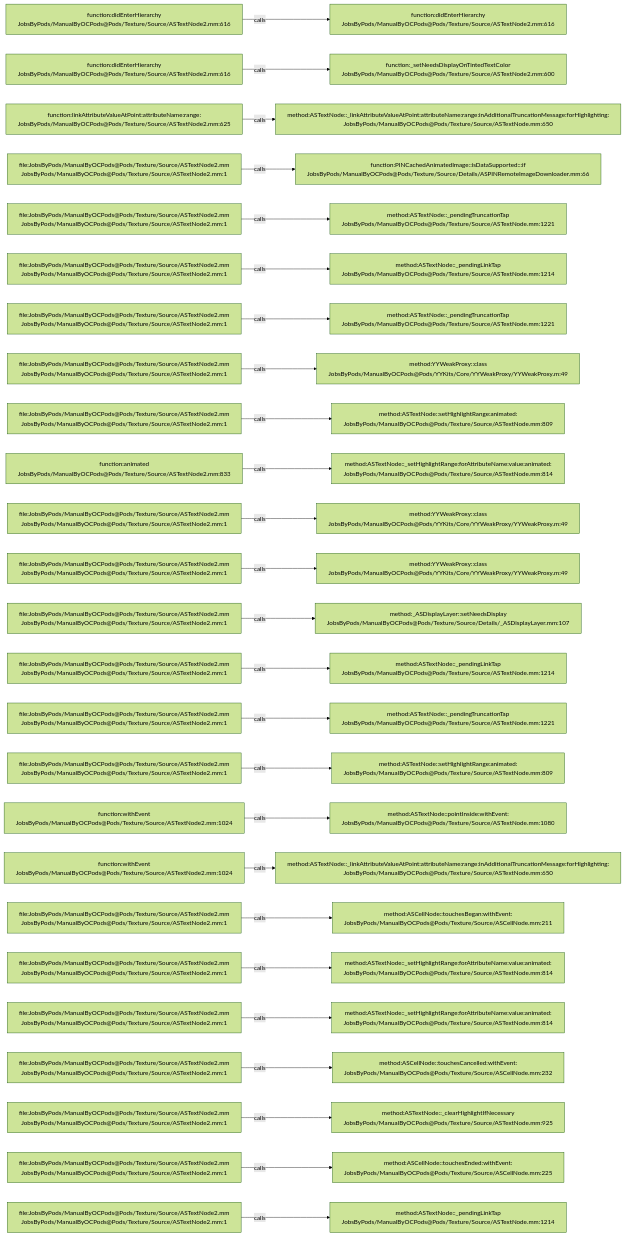
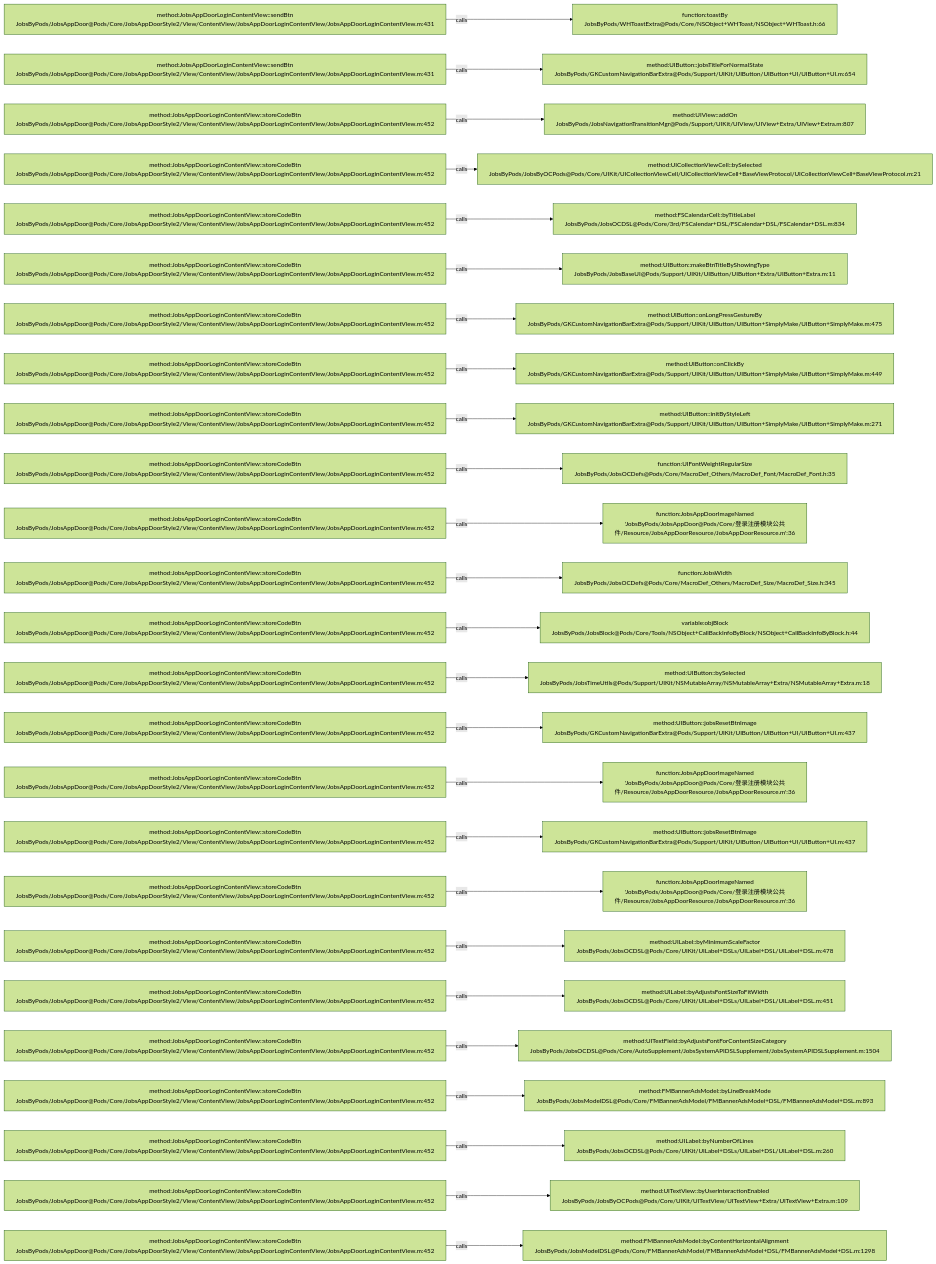
The diagram in .codegraph/codegraph.md/graphs/calls-125.md (JobsKits/JobsOCBaseConfigDemo), drawn with Mermaid (forest theme) before and after one commit. The commit also changed 768 other files, not shown here.

````diff
--- a/.codegraph/codegraph.md/graphs/calls-125.md
+++ b/.codegraph/codegraph.md/graphs/calls-125.md
@@ -13,78 +13,78 @@
 ```mermaid
 flowchart LR
-  S1["function:didEnterHierarchy<br/>JobsByPods/ManualByOCPods@Pods/Texture/Source/ASTextNode2.mm:616"]
-  T1["function:didEnterHierarchy<br/>JobsByPods/ManualByOCPods@Pods/Texture/Source/ASTextNode2.mm:616"]
+  S1["method:JobsAppDoorLoginContentView::sendBtn<br/>JobsByPods/JobsAppDoor@Pods/Core/JobsAppDoorStyle2/View/ContentView/JobsAppDoorLoginContentView/JobsAppDoorLoginContentView.m:431"]
+  T1["function:toastBy<br/>JobsByPods/WHToastExtra@Pods/Core/NSObject+WHToast/NSObject+WHToast.h:66"]
   S1 -->|calls| T1
-  S2["function:didEnterHierarchy<br/>JobsByPods/ManualByOCPods@Pods/Texture/Source/ASTextNode2.mm:616"]
-  T2["function:_setNeedsDisplayOnTintedTextColor<br/>JobsByPods/ManualByOCPods@Pods/Texture/Source/ASTextNode2.mm:600"]
+  S2["method:JobsAppDoorLoginContentView::sendBtn<br/>JobsByPods/JobsAppDoor@Pods/Core/JobsAppDoorStyle2/View/ContentView/JobsAppDoorLoginContentView/JobsAppDoorLoginContentView.m:431"]
+  T2["method:UIButton::jobsTitleForNormalState<br/>JobsByPods/GKCustomNavigationBarExtra@Pods/Support/UIKit/UIButton/UIButton+UI/UIButton+UI.m:654"]
   S2 -->|calls| T2
-  S3["function:linkAttributeValueAtPoint:attributeName:range:<br/>JobsByPods/ManualByOCPods@Pods/Texture/Source/ASTextNode2.mm:625"]
-  T3["method:ASTextNode::_linkAttributeValueAtPoint:attributeName:range:inAdditionalTruncationMessage:forHighlighting:<br/>JobsByPods/ManualByOCPods@Pods/Texture/Source/ASTextNode.mm:650"]
+  S3["method:JobsAppDoorLoginContentView::storeCodeBtn<br/>JobsByPods/JobsAppDoor@Pods/Core/JobsAppDoorStyle2/View/ContentView/JobsAppDoorLoginContentView/JobsAppDoorLoginContentView.m:452"]
+  T3["method:UIView::addOn<br/>JobsByPods/JobsNavigationTransitionMgr@Pods/Support/UIKit/UIView/UIView+Extra/UIView+Extra.m:807"]
   S3 -->|calls| T3
-  S4["file:JobsByPods/ManualByOCPods@Pods/Texture/Source/ASTextNode2.mm<br/>JobsByPods/ManualByOCPods@Pods/Texture/Source/ASTextNode2.mm:1"]
-  T4["function:PINCachedAnimatedImage::isDataSupported:::if<br/>JobsByPods/ManualByOCPods@Pods/Texture/Source/Details/ASPINRemoteImageDownloader.mm:66"]
+  S4["method:JobsAppDoorLoginContentView::storeCodeBtn<br/>JobsByPods/JobsAppDoor@Pods/Core/JobsAppDoorStyle2/View/ContentView/JobsAppDoorLoginContentView/JobsAppDoorLoginContentView.m:452"]
+  T4["method:UICollectionViewCell::bySelected<br/>JobsByPods/JobsByOCPods@Pods/Core/UIKit/UICollectionViewCell/UICollectionViewCell+BaseViewProtocol/UICollectionViewCell+BaseViewProtocol.m:21"]
   S4 -->|calls| T4
-  S5["file:JobsByPods/ManualByOCPods@Pods/Texture/Source/ASTextNode2.mm<br/>JobsByPods/ManualByOCPods@Pods/Texture/Source/ASTextNode2.mm:1"]
-  T5["method:ASTextNode::_pendingTruncationTap<br/>JobsByPods/ManualByOCPods@Pods/Texture/Source/ASTextNode.mm:1221"]
+  S5["method:JobsAppDoorLoginContentView::storeCodeBtn<br/>JobsByPods/JobsAppDoor@Pods/Core/JobsAppDoorStyle2/View/ContentView/JobsAppDoorLoginContentView/JobsAppDoorLoginContentView.m:452"]
+  T5["method:FSCalendarCell::byTitleLabel<br/>JobsByPods/JobsOCDSL@Pods/Core/3rd/FSCalendar+DSL/FSCalendar+DSL/FSCalendar+DSL.m:834"]
   S5 -->|calls| T5
-  S6["file:JobsByPods/ManualByOCPods@Pods/Texture/Source/ASTextNode2.mm<br/>JobsByPods/ManualByOCPods@Pods/Texture/Source/ASTextNode2.mm:1"]
-  T6["method:ASTextNode::_pendingLinkTap<br/>JobsByPods/ManualByOCPods@Pods/Texture/Source/ASTextNode.mm:1214"]
+  S6["method:JobsAppDoorLoginContentView::storeCodeBtn<br/>JobsByPods/JobsAppDoor@Pods/Core/JobsAppDoorStyle2/View/ContentView/JobsAppDoorLoginContentView/JobsAppDoorLoginContentView.m:452"]
+  T6["method:UIButton::makeBtnTitleByShowingType<br/>JobsByPods/JobsBaseUI@Pods/Support/UIKit/UIButton/UIButton+Extra/UIButton+Extra.m:11"]
   S6 -->|calls| T6
-  S7["file:JobsByPods/ManualByOCPods@Pods/Texture/Source/ASTextNode2.mm<br/>JobsByPods/ManualByOCPods@Pods/Texture/Source/ASTextNode2.mm:1"]
-  T7["method:ASTextNode::_pendingTruncationTap<br/>JobsByPods/ManualByOCPods@Pods/Texture/Source/ASTextNode.mm:1221"]
+  S7["method:JobsAppDoorLoginContentView::storeCodeBtn<br/>JobsByPods/JobsAppDoor@Pods/Core/JobsAppDoorStyle2/View/ContentView/JobsAppDoorLoginContentView/JobsAppDoorLoginContentView.m:452"]
+  T7["method:UIButton::onLongPressGestureBy<br/>JobsByPods/GKCustomNavigationBarExtra@Pods/Support/UIKit/UIButton/UIButton+SimplyMake/UIButton+SimplyMake.m:475"]
   S7 -->|calls| T7
-  S8["file:JobsByPods/ManualByOCPods@Pods/Texture/Source/ASTextNode2.mm<br/>JobsByPods/ManualByOCPods@Pods/Texture/Source/ASTextNode2.mm:1"]
-  T8["method:YYWeakProxy::class<br/>JobsByPods/ManualByOCPods@Pods/YYKits/Core/YYWeakProxy/YYWeakProxy.m:49"]
+  S8["method:JobsAppDoorLoginContentView::storeCodeBtn<br/>JobsByPods/JobsAppDoor@Pods/Core/JobsAppDoorStyle2/View/ContentView/JobsAppDoorLoginContentView/JobsAppDoorLoginContentView.m:452"]
+  T8["method:UIButton::onClickBy<br/>JobsByPods/GKCustomNavigationBarExtra@Pods/Support/UIKit/UIButton/UIButton+SimplyMake/UIButton+SimplyMake.m:449"]
   S8 -->|calls| T8
-  S9["file:JobsByPods/ManualByOCPods@Pods/Texture/Source/ASTextNode2.mm<br/>JobsByPods/ManualByOCPods@Pods/Texture/Source/ASTextNode2.mm:1"]
-  T9["method:ASTextNode::setHighlightRange:animated:<br/>JobsByPods/ManualByOCPods@Pods/Texture/Source/ASTextNode.mm:809"]
+  S9["method:JobsAppDoorLoginContentView::storeCodeBtn<br/>JobsByPods/JobsAppDoor@Pods/Core/JobsAppDoorStyle2/View/ContentView/JobsAppDoorLoginContentView/JobsAppDoorLoginContentView.m:452"]
+  T9["method:UIButton::initByStyleLeft<br/>JobsByPods/GKCustomNavigationBarExtra@Pods/Support/UIKit/UIButton/UIButton+SimplyMake/UIButton+SimplyMake.m:271"]
   S9 -->|calls| T9
-  S10["function:animated<br/>JobsByPods/ManualByOCPods@Pods/Texture/Source/ASTextNode2.mm:833"]
-  T10["method:ASTextNode::_setHighlightRange:forAttributeName:value:animated:<br/>JobsByPods/ManualByOCPods@Pods/Texture/Source/ASTextNode.mm:814"]
+  S10["method:JobsAppDoorLoginContentView::storeCodeBtn<br/>JobsByPods/JobsAppDoor@Pods/Core/JobsAppDoorStyle2/View/ContentView/JobsAppDoorLoginContentView/JobsAppDoorLoginContentView.m:452"]
+  T10["function:UIFontWeightRegularSize<br/>JobsByPods/JobsOCDefs@Pods/Core/MacroDef_Others/MacroDef_Font/MacroDef_Font.h:35"]
   S10 -->|calls| T10
-  S11["file:JobsByPods/ManualByOCPods@Pods/Texture/Source/ASTextNode2.mm<br/>JobsByPods/ManualByOCPods@Pods/Texture/Source/ASTextNode2.mm:1"]
-  T11["method:YYWeakProxy::class<br/>JobsByPods/ManualByOCPods@Pods/YYKits/Core/YYWeakProxy/YYWeakProxy.m:49"]
+  S11["method:JobsAppDoorLoginContentView::storeCodeBtn<br/>JobsByPods/JobsAppDoor@Pods/Core/JobsAppDoorStyle2/View/ContentView/JobsAppDoorLoginContentView/JobsAppDoorLoginContentView.m:452"]
+  T11["function:JobsAppDoorImageNamed<br/>'JobsByPods/JobsAppDoor@Pods/Core/登录注册模块公共件/Resource/JobsAppDoorResource/JobsAppDoorResource.m':36"]
   S11 -->|calls| T11
-  S12["file:JobsByPods/ManualByOCPods@Pods/Texture/Source/ASTextNode2.mm<br/>JobsByPods/ManualByOCPods@Pods/Texture/Source/ASTextNode2.mm:1"]
-  T12["method:YYWeakProxy::class<br/>JobsByPods/ManualByOCPods@Pods/YYKits/Core/YYWeakProxy/YYWeakProxy.m:49"]
+  S12["method:JobsAppDoorLoginContentView::storeCodeBtn<br/>JobsByPods/JobsAppDoor@Pods/Core/JobsAppDoorStyle2/View/ContentView/JobsAppDoorLoginContentView/JobsAppDoorLoginContentView.m:452"]
+  T12["function:JobsWidth<br/>JobsByPods/JobsOCDefs@Pods/Core/MacroDef_Others/MacroDef_Size/MacroDef_Size.h:345"]
   S12 -->|calls| T12
-  S13["file:JobsByPods/ManualByOCPods@Pods/Texture/Source/ASTextNode2.mm<br/>JobsByPods/ManualByOCPods@Pods/Texture/Source/ASTextNode2.mm:1"]
-  T13["method:_ASDisplayLayer::setNeedsDisplay<br/>JobsByPods/ManualByOCPods@Pods/Texture/Source/Details/_ASDisplayLayer.mm:107"]
+  S13["method:JobsAppDoorLoginContentView::storeCodeBtn<br/>JobsByPods/JobsAppDoor@Pods/Core/JobsAppDoorStyle2/View/ContentView/JobsAppDoorLoginContentView/JobsAppDoorLoginContentView.m:452"]
+  T13["variable:objBlock<br/>JobsByPods/JobsBlock@Pods/Core/Tools/NSObject+CallBackInfoByBlock/NSObject+CallBackInfoByBlock.h:44"]
   S13 -->|calls| T13
-  S14["file:JobsByPods/ManualByOCPods@Pods/Texture/Source/ASTextNode2.mm<br/>JobsByPods/ManualByOCPods@Pods/Texture/Source/ASTextNode2.mm:1"]
-  T14["method:ASTextNode::_pendingLinkTap<br/>JobsByPods/ManualByOCPods@Pods/Texture/Source/ASTextNode.mm:1214"]
+  S14["method:JobsAppDoorLoginContentView::storeCodeBtn<br/>JobsByPods/JobsAppDoor@Pods/Core/JobsAppDoorStyle2/View/ContentView/JobsAppDoorLoginContentView/JobsAppDoorLoginContentView.m:452"]
+  T14["method:UIButton::bySelected<br/>JobsByPods/JobsTimeUtils@Pods/Support/UIKit/NSMutableArray/NSMutableArray+Extra/NSMutableArray+Extra.m:18"]
   S14 -->|calls| T14
-  S15["file:JobsByPods/ManualByOCPods@Pods/Texture/Source/ASTextNode2.mm<br/>JobsByPods/ManualByOCPods@Pods/Texture/Source/ASTextNode2.mm:1"]
-  T15["method:ASTextNode::_pendingTruncationTap<br/>JobsByPods/ManualByOCPods@Pods/Texture/Source/ASTextNode.mm:1221"]
+  S15["method:JobsAppDoorLoginContentView::storeCodeBtn<br/>JobsByPods/JobsAppDoor@Pods/Core/JobsAppDoorStyle2/View/ContentView/JobsAppDoorLoginContentView/JobsAppDoorLoginContentView.m:452"]
+  T15["method:UIButton::jobsResetBtnImage<br/>JobsByPods/GKCustomNavigationBarExtra@Pods/Support/UIKit/UIButton/UIButton+UI/UIButton+UI.m:437"]
   S15 -->|calls| T15
-  S16["file:JobsByPods/ManualByOCPods@Pods/Texture/Source/ASTextNode2.mm<br/>JobsByPods/ManualByOCPods@Pods/Texture/Source/ASTextNode2.mm:1"]
-  T16["method:ASTextNode::setHighlightRange:animated:<br/>JobsByPods/ManualByOCPods@Pods/Texture/Source/ASTextNode.mm:809"]
+  S16["method:JobsAppDoorLoginContentView::storeCodeBtn<br/>JobsByPods/JobsAppDoor@Pods/Core/JobsAppDoorStyle2/View/ContentView/JobsAppDoorLoginContentView/JobsAppDoorLoginContentView.m:452"]
+  T16["function:JobsAppDoorImageNamed<br/>'JobsByPods/JobsAppDoor@Pods/Core/登录注册模块公共件/Resource/JobsAppDoorResource/JobsAppDoorResource.m':36"]
   S16 -->|calls| T16
-  S17["function:withEvent<br/>JobsByPods/ManualByOCPods@Pods/Texture/Source/ASTextNode2.mm:1024"]
-  T17["method:ASTextNode::pointInside:withEvent:<br/>JobsByPods/ManualByOCPods@Pods/Texture/Source/ASTextNode.mm:1080"]
+  S17["method:JobsAppDoorLoginContentView::storeCodeBtn<br/>JobsByPods/JobsAppDoor@Pods/Core/JobsAppDoorStyle2/View/ContentView/JobsAppDoorLoginContentView/JobsAppDoorLoginContentView.m:452"]
+  T17["method:UIButton::jobsResetBtnImage<br/>JobsByPods/GKCustomNavigationBarExtra@Pods/Support/UIKit/UIButton/UIButton+UI/UIButton+UI.m:437"]
   S17 -->|calls| T17
-  S18["function:withEvent<br/>JobsByPods/ManualByOCPods@Pods/Texture/Source/ASTextNode2.mm:1024"]
-  T18["method:ASTextNode::_linkAttributeValueAtPoint:attributeName:range:inAdditionalTruncationMessage:forHighlighting:<br/>JobsByPods/ManualByOCPods@Pods/Texture/Source/ASTextNode.mm:650"]
+  S18["method:JobsAppDoorLoginContentView::storeCodeBtn<br/>JobsByPods/JobsAppDoor@Pods/Core/JobsAppDoorStyle2/View/ContentView/JobsAppDoorLoginContentView/JobsAppDoorLoginContentView.m:452"]
+  T18["function:JobsAppDoorImageNamed<br/>'JobsByPods/JobsAppDoor@Pods/Core/登录注册模块公共件/Resource/JobsAppDoorResource/JobsAppDoorResource.m':36"]
   S18 -->|calls| T18
-  S19["file:JobsByPods/ManualByOCPods@Pods/Texture/Source/ASTextNode2.mm<br/>JobsByPods/ManualByOCPods@Pods/Texture/Source/ASTextNode2.mm:1"]
-  T19["method:ASCellNode::touchesBegan:withEvent:<br/>JobsByPods/ManualByOCPods@Pods/Texture/Source/ASCellNode.mm:211"]
+  S19["method:JobsAppDoorLoginContentView::storeCodeBtn<br/>JobsByPods/JobsAppDoor@Pods/Core/JobsAppDoorStyle2/View/ContentView/JobsAppDoorLoginContentView/JobsAppDoorLoginContentView.m:452"]
+  T19["method:UILabel::byMinimumScaleFactor<br/>JobsByPods/JobsOCDSL@Pods/Core/UIKit/UILabel+DSLs/UILabel+DSL/UILabel+DSL.m:478"]
   S19 -->|calls| T19
-  S20["file:JobsByPods/ManualByOCPods@Pods/Texture/Source/ASTextNode2.mm<br/>JobsByPods/ManualByOCPods@Pods/Texture/Source/ASTextNode2.mm:1"]
-  T20["method:ASTextNode::_setHighlightRange:forAttributeName:value:animated:<br/>JobsByPods/ManualByOCPods@Pods/Texture/Source/ASTextNode.mm:814"]
+  S20["method:JobsAppDoorLoginContentView::storeCodeBtn<br/>JobsByPods/JobsAppDoor@Pods/Core/JobsAppDoorStyle2/View/ContentView/JobsAppDoorLoginContentView/JobsAppDoorLoginContentView.m:452"]
+  T20["method:UILabel::byAdjustsFontSizeToFitWidth<br/>JobsByPods/JobsOCDSL@Pods/Core/UIKit/UILabel+DSLs/UILabel+DSL/UILabel+DSL.m:451"]
   S20 -->|calls| T20
-  S21["file:JobsByPods/ManualByOCPods@Pods/Texture/Source/ASTextNode2.mm<br/>JobsByPods/ManualByOCPods@Pods/Texture/Source/ASTextNode2.mm:1"]
-  T21["method:ASTextNode::_setHighlightRange:forAttributeName:value:animated:<br/>JobsByPods/ManualByOCPods@Pods/Texture/Source/ASTextNode.mm:814"]
+  S21["method:JobsAppDoorLoginContentView::storeCodeBtn<br/>JobsByPods/JobsAppDoor@Pods/Core/JobsAppDoorStyle2/View/ContentView/JobsAppDoorLoginContentView/JobsAppDoorLoginContentView.m:452"]
+  T21["method:UITextField::byAdjustsFontForContentSizeCategory<br/>JobsByPods/JobsOCDSL@Pods/Core/AutoSupplement/JobsSystemAPIDSLSupplement/JobsSystemAPIDSLSupplement.m:1504"]
   S21 -->|calls| T21
-  S22["file:JobsByPods/ManualByOCPods@Pods/Texture/Source/ASTextNode2.mm<br/>JobsByPods/ManualByOCPods@Pods/Texture/Source/ASTextNode2.mm:1"]
-  T22["method:ASCellNode::touchesCancelled:withEvent:<br/>JobsByPods/ManualByOCPods@Pods/Texture/Source/ASCellNode.mm:232"]
+  S22["method:JobsAppDoorLoginContentView::storeCodeBtn<br/>JobsByPods/JobsAppDoor@Pods/Core/JobsAppDoorStyle2/View/ContentView/JobsAppDoorLoginContentView/JobsAppDoorLoginContentView.m:452"]
+  T22["method:FMBannerAdsModel::byLineBreakMode<br/>JobsByPods/JobsModelDSL@Pods/Core/FMBannerAdsModel/FMBannerAdsModel+DSL/FMBannerAdsModel+DSL.m:893"]
   S22 -->|calls| T22
-  S23["file:JobsByPods/ManualByOCPods@Pods/Texture/Source/ASTextNode2.mm<br/>JobsByPods/ManualByOCPods@Pods/Texture/Source/ASTextNode2.mm:1"]
-  T23["method:ASTextNode::_clearHighlightIfNecessary<br/>JobsByPods/ManualByOCPods@Pods/Texture/Source/ASTextNode.mm:925"]
+  S23["method:JobsAppDoorLoginContentView::storeCodeBtn<br/>JobsByPods/JobsAppDoor@Pods/Core/JobsAppDoorStyle2/View/ContentView/JobsAppDoorLoginContentView/JobsAppDoorLoginContentView.m:452"]
+  T23["method:UILabel::byNumberOfLines<br/>JobsByPods/JobsOCDSL@Pods/Core/UIKit/UILabel+DSLs/UILabel+DSL/UILabel+DSL.m:260"]
   S23 -->|calls| T23
-  S24["file:JobsByPods/ManualByOCPods@Pods/Texture/Source/ASTextNode2.mm<br/>JobsByPods/ManualByOCPods@Pods/Texture/Source/ASTextNode2.mm:1"]
-  T24["method:ASCellNode::touchesEnded:withEvent:<br/>JobsByPods/ManualByOCPods@Pods/Texture/Source/ASCellNode.mm:225"]
+  S24["method:JobsAppDoorLoginContentView::storeCodeBtn<br/>JobsByPods/JobsAppDoor@Pods/Core/JobsAppDoorStyle2/View/ContentView/JobsAppDoorLoginContentView/JobsAppDoorLoginContentView.m:452"]
+  T24["method:UITextView::byUserInteractionEnabled<br/>JobsByPods/JobsByOCPods@Pods/Core/UIKit/UITextView/UITextView+Extra/UITextView+Extra.m:109"]
   S24 -->|calls| T24
-  S25["file:JobsByPods/ManualByOCPods@Pods/Texture/Source/ASTextNode2.mm<br/>JobsByPods/ManualByOCPods@Pods/Texture/Source/ASTextNode2.mm:1"]
-  T25["method:ASTextNode::_pendingLinkTap<br/>JobsByPods/ManualByOCPods@Pods/Texture/Source/ASTextNode.mm:1214"]
+  S25["method:JobsAppDoorLoginContentView::storeCodeBtn<br/>JobsByPods/JobsAppDoor@Pods/Core/JobsAppDoorStyle2/View/ContentView/JobsAppDoorLoginContentView/JobsAppDoorLoginContentView.m:452"]
+  T25["method:FMBannerAdsModel::byContentHorizontalAlignment<br/>JobsByPods/JobsModelDSL@Pods/Core/FMBannerAdsModel/FMBannerAdsModel+DSL/FMBannerAdsModel+DSL.m:1298"]
   S25 -->|calls| T25
 ```
````
